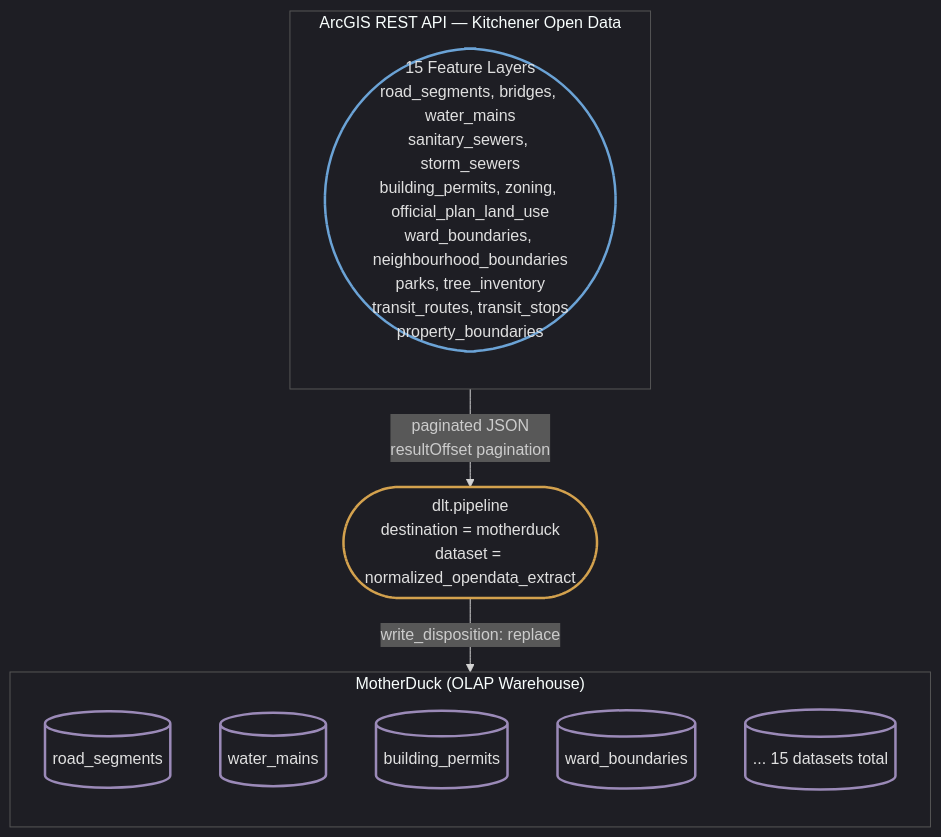
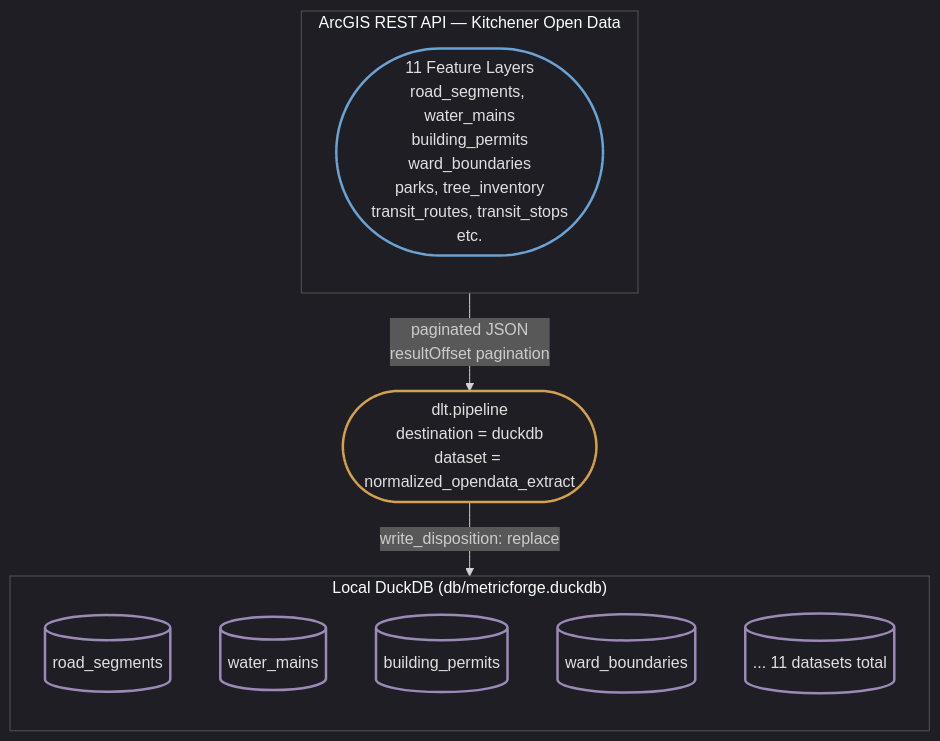
One commit to MetricForge-Analytics-Inc/MetricForge-City-Foundation changed the third of 9 diagrams in Documentation/Architecture/system-architecture.md. Above: the diagram before and after it, drawn with Mermaid. The commit also changed other lines of this file and 3 other files, not shown here.

First line of the commit message:
docs: update all documentation to reflect current architecture

````diff
--- a/Documentation/Architecture/system-architecture.md
+++ b/Documentation/Architecture/system-architecture.md
@@ -98,26 +96,26 @@
 ```mermaid
 %%{init: {'theme': 'dark', 'themeVariables': {'mainBkg': 'transparent', 'nodeBorder': '#555', 'clusterBkg': 'transparent', 'clusterBorder': '#555'}}}%%
 flowchart TB
     classDef source fill:none,color:#e0e0e0,stroke:#6ba3d6,stroke-width:2.5px
     classDef process fill:none,color:#e0e0e0,stroke:#d4a24e,stroke-width:2.5px
     classDef db fill:none,color:#e0e0e0,stroke:#9b8ab8,stroke-width:2.5px
 
     subgraph API ["ArcGIS REST API — Kitchener Open Data"]
         direction TB
-        A1(["15 Feature Layers<br/>road_segments, bridges, water_mains<br/>sanitary_sewers, storm_sewers<br/>building_permits, zoning, official_plan_land_use<br/>ward_boundaries, neighbourhood_boundaries<br/>parks, tree_inventory<br/>transit_routes, transit_stops<br/>property_boundaries"]):::source
+        A1(["11 Feature Layers<br/>road_segments, water_mains<br/>building_permits<br/>ward_boundaries<br/>parks, tree_inventory<br/>transit_routes, transit_stops<br/>etc."]):::source
     end
 
-    PIPELINE(["dlt.pipeline<br/>destination = motherduck<br/>dataset = normalized_opendata_extract"]):::process
+    PIPELINE(["dlt.pipeline<br/>destination = duckdb<br/>dataset = normalized_opendata_extract"]):::process
 
-    subgraph DUCK ["MotherDuck (OLAP Warehouse)"]
+    subgraph DUCK ["Local DuckDB (db/metricforge.duckdb)"]
         direction TB
         T1[("road_segments")]:::db
         T2[("water_mains")]:::db
         T3[("building_permits")]:::db
         T4[("ward_boundaries")]:::db
-        T5[("... 15 datasets total")]:::db
+        T5[("... 11 datasets total")]:::db
     end
 
     A1 -->|"paginated JSON<br/>resultOffset pagination"| PIPELINE
     PIPELINE -->|"write_disposition: replace"| DUCK
 ```
````
